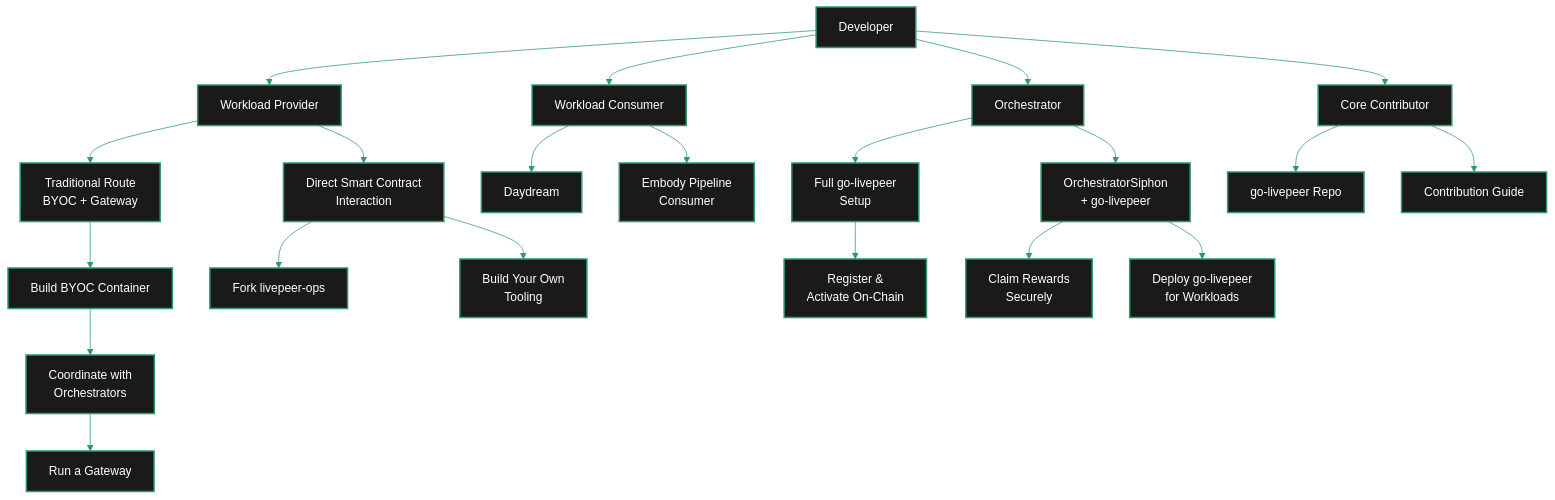
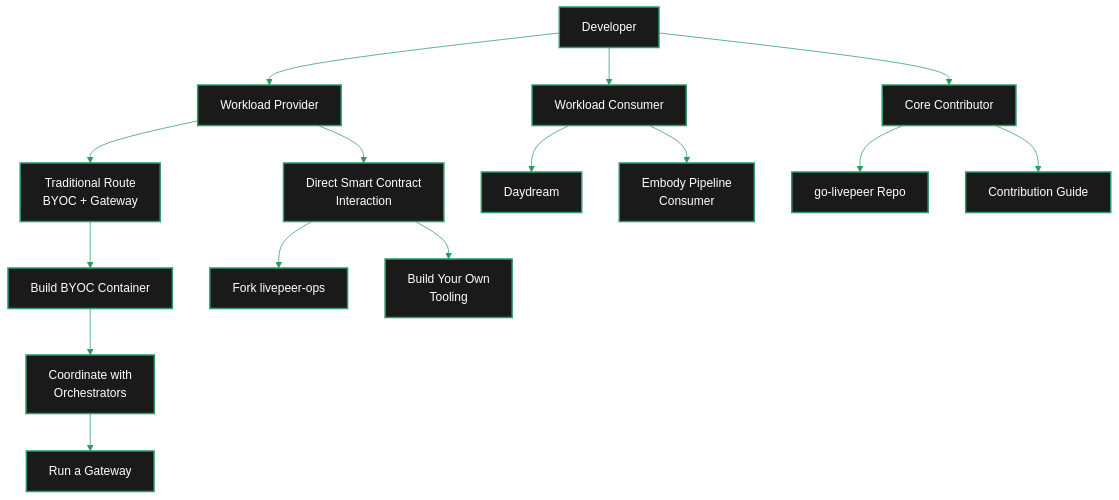
One commit to its-DeFine/docs changed the diagram in v2/developers/developer-journey.mdx. Above: the diagram before and after it, drawn with Mermaid. The commit also changed other lines of this file and 1 other file, not shown here.

First line of the commit message:
Move orchestrator path to its own page in orchestrators section

````diff
--- a/v2/developers/developer-journey.mdx
+++ b/v2/developers/developer-journey.mdx
@@ -30,33 +31,25 @@
 ```mermaid
 %%{init: {'theme': 'base', 'themeVariables': { 'primaryColor': '#1a1a1a', 'primaryTextColor': '#fff', 'primaryBorderColor': '#2d9a67', 'lineColor': '#2d9a67', 'secondaryColor': '#0d0d0d', 'tertiaryColor': '#1a1a1a', 'background': '#0d0d0d', 'fontFamily': 'system-ui', 'clusterBkg': 'rgba(255,255,255,0.05)', 'clusterBorder': '#2d9a67' }}}%%
 flowchart TD
     classDef default stroke-width:2px
 
     Start["Developer"] --> WP["Workload Provider"]
     Start --> WC["Workload Consumer"]
-    Start --> ORCH["Orchestrator"]
     Start --> CC["Core Contributor"]
 
     WP --> TR["Traditional Route<br/>BYOC + Gateway"]
     WP --> SC["Direct Smart Contract<br/>Interaction"]
 
     TR --> BYOC["Build BYOC Container"]
     BYOC --> COORD["Coordinate with<br/>Orchestrators"]
     COORD --> GW["Run a Gateway"]
 
     SC --> OPS["Fork livepeer-ops"]
     SC --> CUSTOM["Build Your Own<br/>Tooling"]
 
     WC --> DD["Daydream"]
     WC --> EP["Embody Pipeline<br/>Consumer"]
 
-    ORCH --> FULL["Full go-livepeer<br/>Setup"]
-    ORCH --> SIPHON["OrchestratorSiphon<br/>+ go-livepeer"]
-
-    FULL --> ACTIVATE["Register &<br/>Activate On-Chain"]
-    SIPHON --> REWARDS["Claim Rewards<br/>Securely"]
-    SIPHON --> DEPLOY_GL["Deploy go-livepeer<br/>for Workloads"]
-
     CC --> REPO["go-livepeer Repo"]
     CC --> CG["Contribution Guide"]
 ```
````
